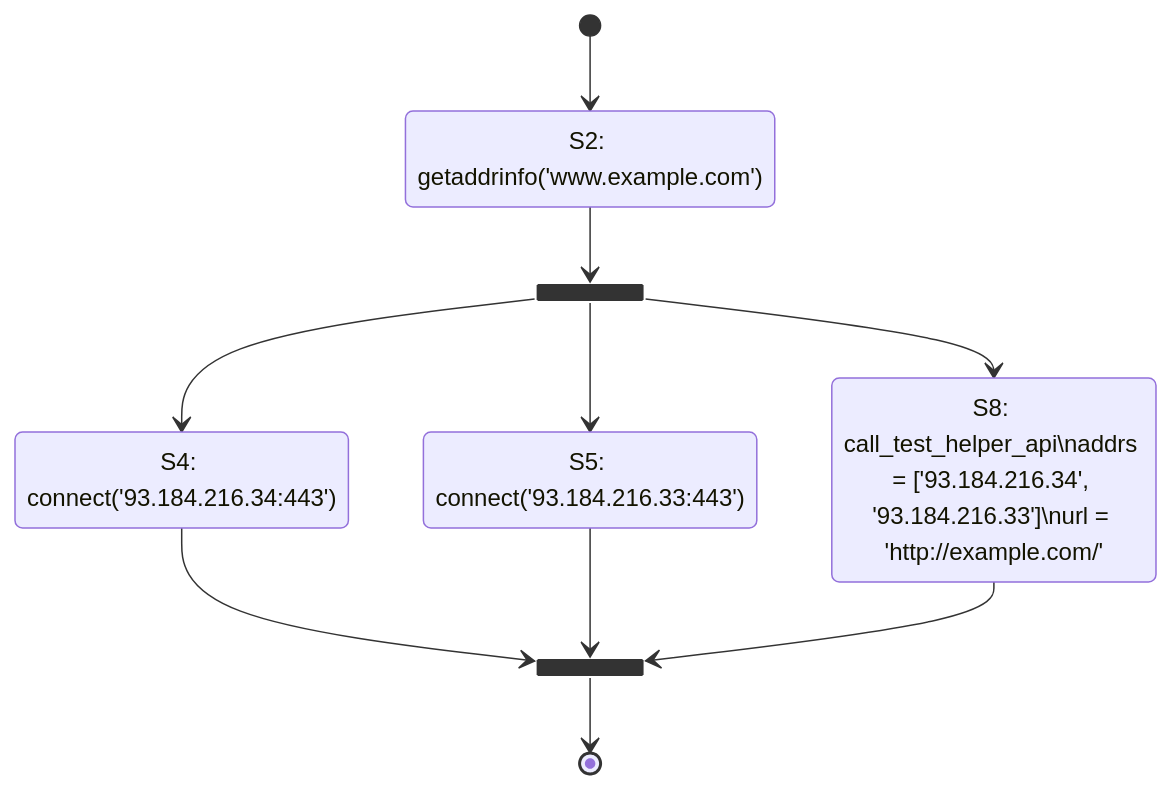
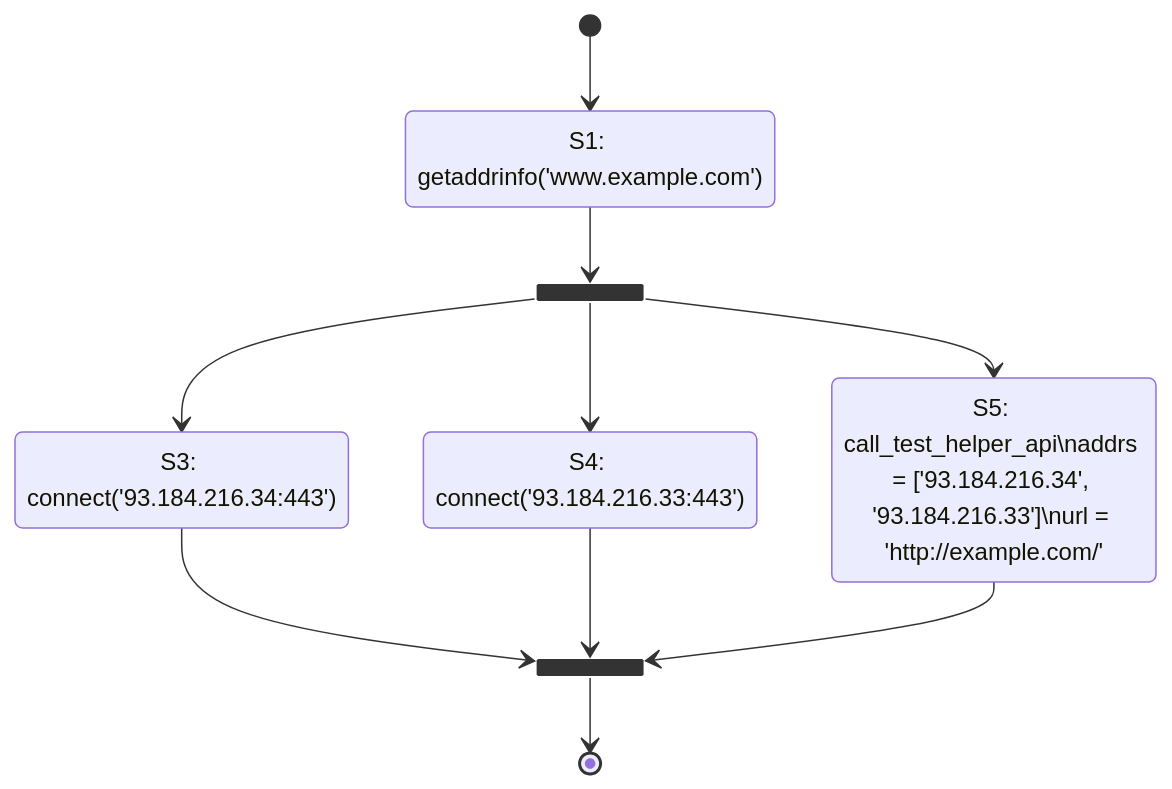
One commit to ooni/spec changed the first of 2 diagrams in nettests/ts-017-web-connectivity.md. Above: the diagram before and after it, drawn with Mermaid. The commit also changed other lines of this file, not shown here.

````diff
--- a/nettests/ts-017-web-connectivity.md
+++ b/nettests/ts-017-web-connectivity.md
@@ -123,18 +123,18 @@
 ```mermaid
 stateDiagram-v2
-  state "S2: getaddrinfo('www.example.com')" as S2
-  [*] --> S2
-  state S3 <<fork>>
+  state "S1: getaddrinfo('www.example.com')" as S1
+  [*] --> S1
+  state S2 <<fork>>
+  S1 --> S2
+  state "S3: connect('93.184.216.34:443')" as S3
+  state "S4: connect('93.184.216.33:443')" as S4
   S2 --> S3
-  state "S4: connect('93.184.216.34:443')" as S4
-  state "S5: connect('93.184.216.33:443')" as S5
-  S3 --> S4
-  S3 --> S5
-  state "S8: call_test_helper_api\naddrs = ['93.184.216.34', '93.184.216.33']\nurl = 'http://example.com/'" as S8
-  S3 --> S8
-  state S9 <<join>>
-  S4 --> S9
-  S5 --> S9
-  S8 --> S9
-  S9 --> [*]
+  S2 --> S4
+  state "S5: call_test_helper_api\naddrs = ['93.184.216.34', '93.184.216.33']\nurl = 'http://example.com/'" as S5
+  S2 --> S5
+  state S6 <<join>>
+  S3 --> S6
+  S4 --> S6
+  S5 --> S6
+  S6 --> [*]
 ```
````
